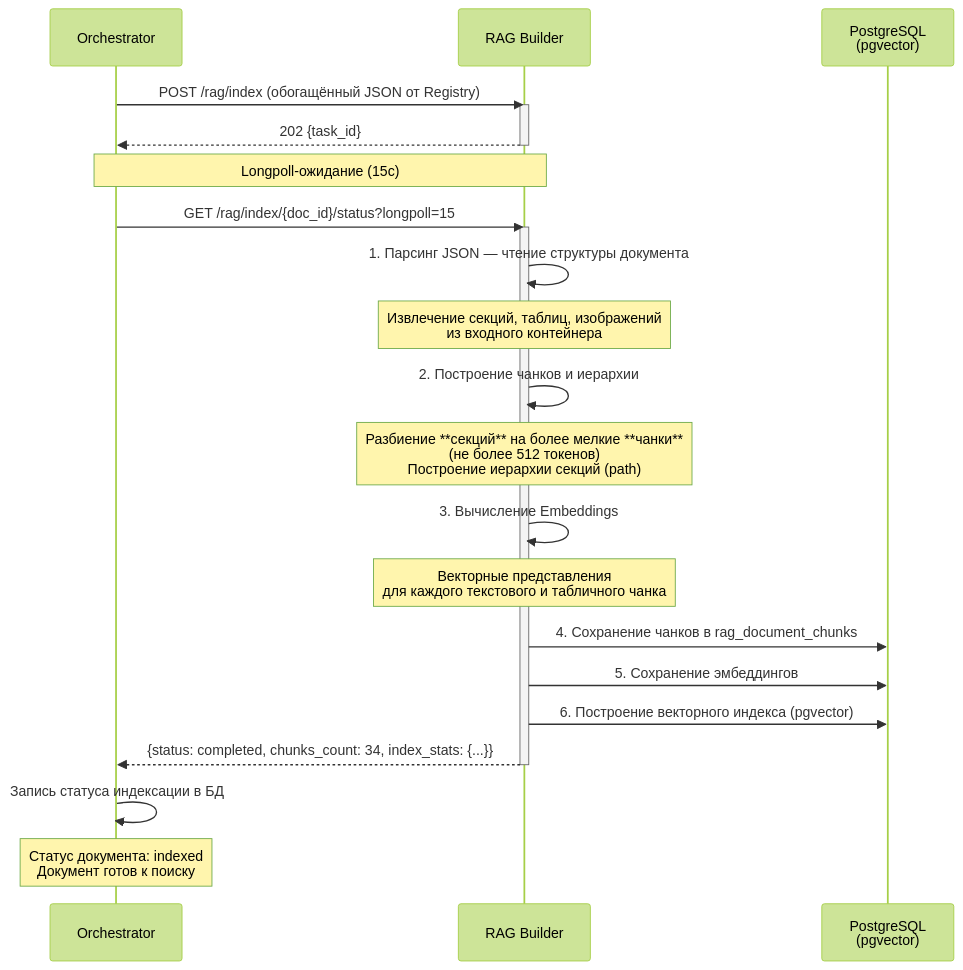
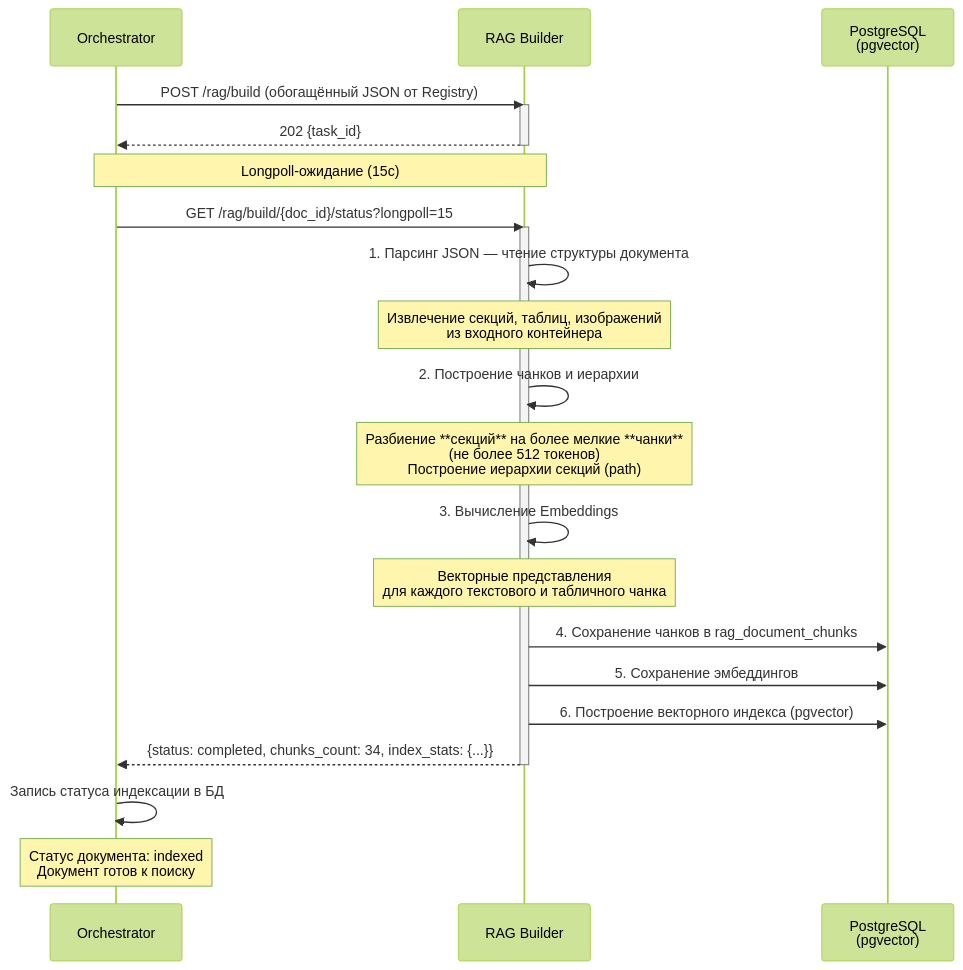
One commit to MasterKSAF/PKB changed the first of 3 diagrams in docs/pipelines/pipeline2-indexation.md. Above: the diagram before and after it, drawn with Mermaid (forest theme). The commit also changed other lines of this file and 14 other files, not shown here.

````diff
--- a/docs/pipelines/pipeline2-indexation.md
+++ b/docs/pipelines/pipeline2-indexation.md
@@ -7,35 +7,35 @@
 ```mermaid
 sequenceDiagram
     participant Orch as Orchestrator
     participant RAGi as RAG Builder
     participant DB as PostgreSQL<br/>(pgvector)
 
-    Orch->>RAGi: POST /rag/index (обогащённый JSON от Registry)
+    Orch->>RAGi: POST /rag/build (обогащённый JSON от Registry)
     activate RAGi
     RAGi-->>Orch: 202 {task_id}
     deactivate RAGi
 
     Note over Orch,RAGi: Longpoll-ожидание (15с)
 
-    Orch->>RAGi: GET /rag/index/{doc_id}/status?longpoll=15
+    Orch->>RAGi: GET /rag/build/{doc_id}/status?longpoll=15
     activate RAGi
 
     RAGi->>RAGi: 1. Парсинг JSON — чтение структуры документа
     Note over RAGi: Извлечение секций, таблиц, изображений<br/>из входного контейнера
 
     RAGi->>RAGi: 2. Построение чанков и иерархии
     Note over RAGi: Разбиение **секций** на более мелкие **чанки**<br/>(не более 512 токенов)<br/>Построение иерархии секций (path)
 
     RAGi->>RAGi: 3. Вычисление Embeddings
     Note over RAGi: Векторные представления<br/>для каждого текстового и табличного чанка
 
     RAGi->>DB: 4. Сохранение чанков в rag_document_chunks
     RAGi->>DB: 5. Сохранение эмбеддингов
     RAGi->>DB: 6. Построение векторного индекса (pgvector)
 
     RAGi-->>Orch: {status: completed, chunks_count: 34, index_stats: {...}}
     deactivate RAGi
 
     Orch->>Orch: Запись статуса индексации в БД
     Note over Orch: Статус документа: indexed<br/>Документ готов к поиску
 ```
````
